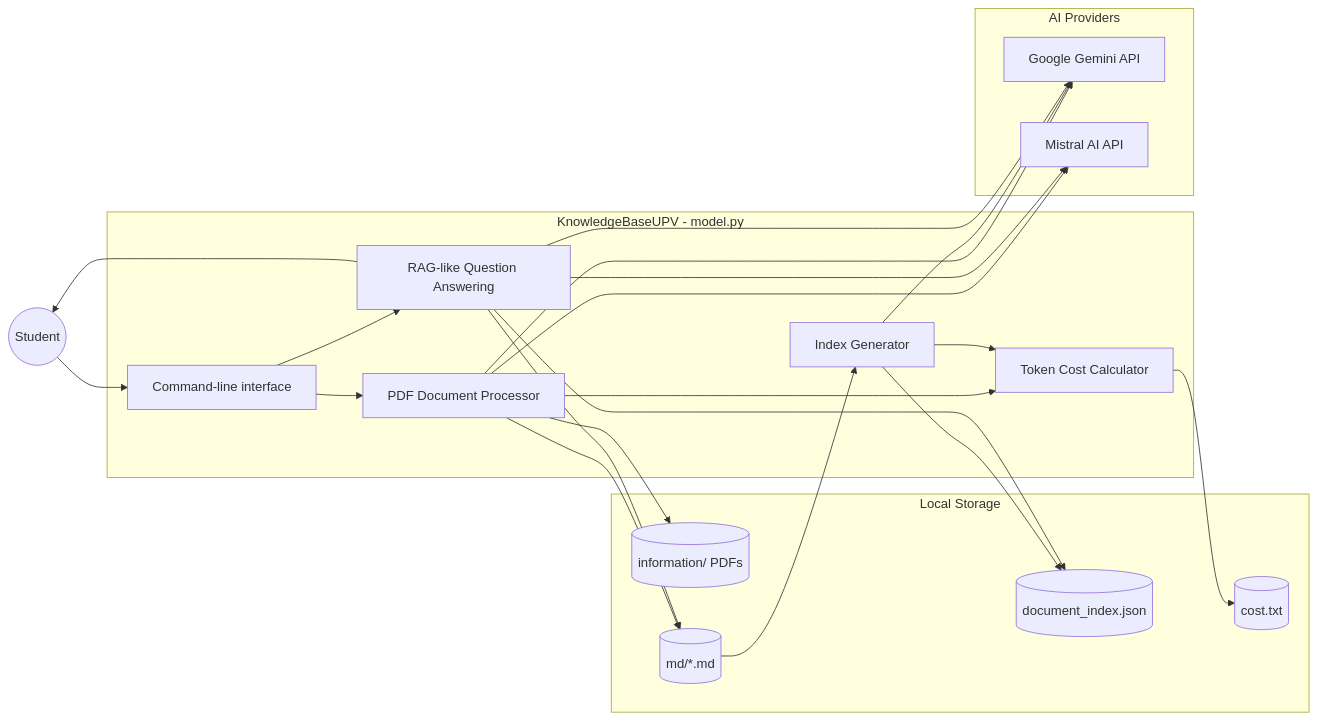
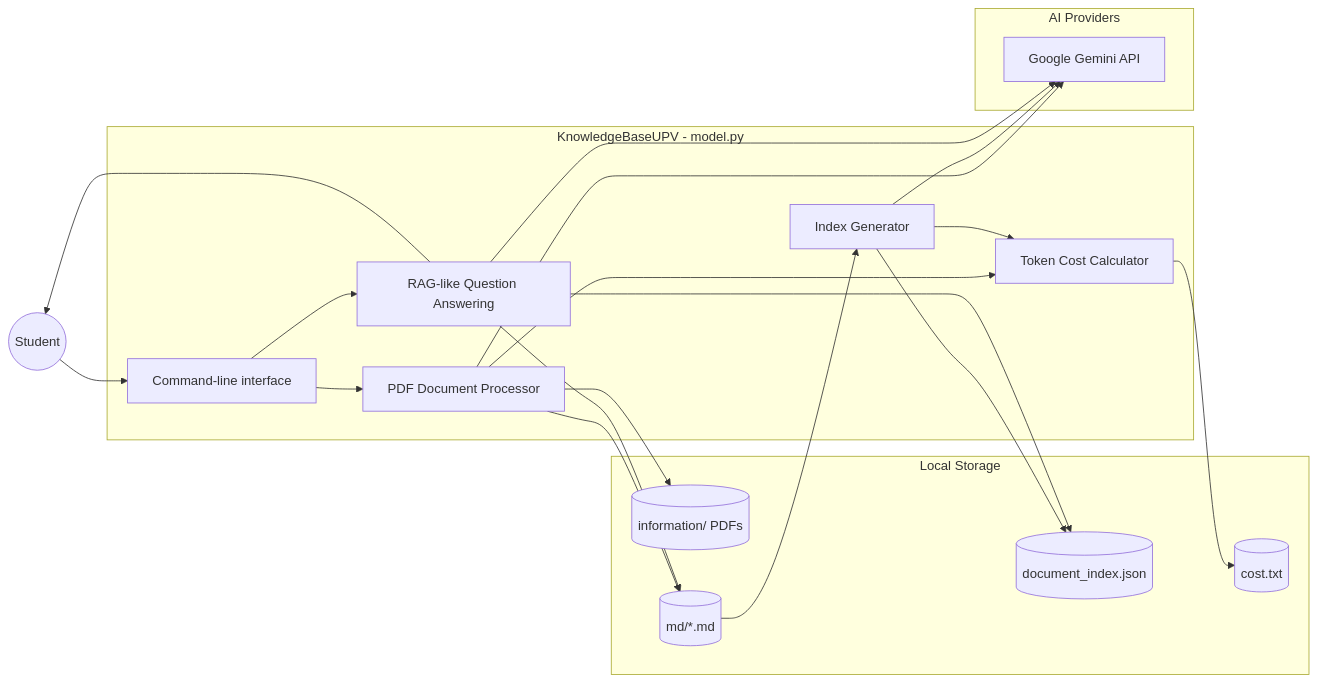
The diagram in worflow.md (Gui232005/KnowledgeBaseUPV), drawn with Mermaid before and after one commit. The commit also changed 2 other files, not shown here.

Commit message:
Adapt to Gemini API Keys

````diff
--- a/worflow.md
+++ b/worflow.md
@@ -3,48 +3,45 @@
 ```mermaid
 flowchart LR
     User((Student))
 
     subgraph Application["KnowledgeBaseUPV - model.py"]
         CLI[Command-line interface]
         Processor[PDF Document Processor]
         Indexer[Index Generator]
         RAG[RAG-like Question Answering]
         Cost[Token Cost Calculator]
     end
 
     subgraph Storage["Local Storage"]
         PDFs[(information/ PDFs)]
         Notes[(md/*.md)]
         Index[(document_index.json)]
         Costs[(cost.txt)]
     end
 
     subgraph AI["AI Providers"]
         Gemini[Google Gemini API]
-        Mistral[Mistral AI API]
     end
 
     User --> CLI
     CLI --> RAG
     CLI --> Processor
 
     Processor --> PDFs
-    Processor --> Mistral
     Processor --> Gemini
     Processor --> Notes
 
     Notes --> Indexer
     Indexer --> Gemini
     Indexer --> Index
 
     RAG --> Index
     RAG --> Notes
-    RAG --> Mistral
     RAG --> Gemini
     RAG --> User
 
     Processor --> Cost
     Indexer --> Cost
     Cost --> Costs
 
 ```
````
